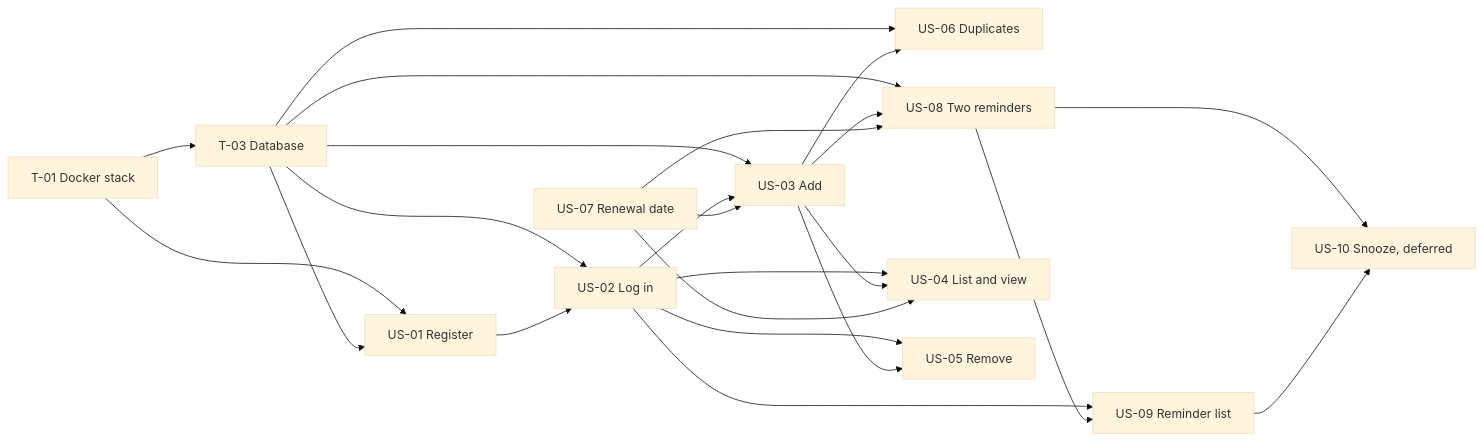
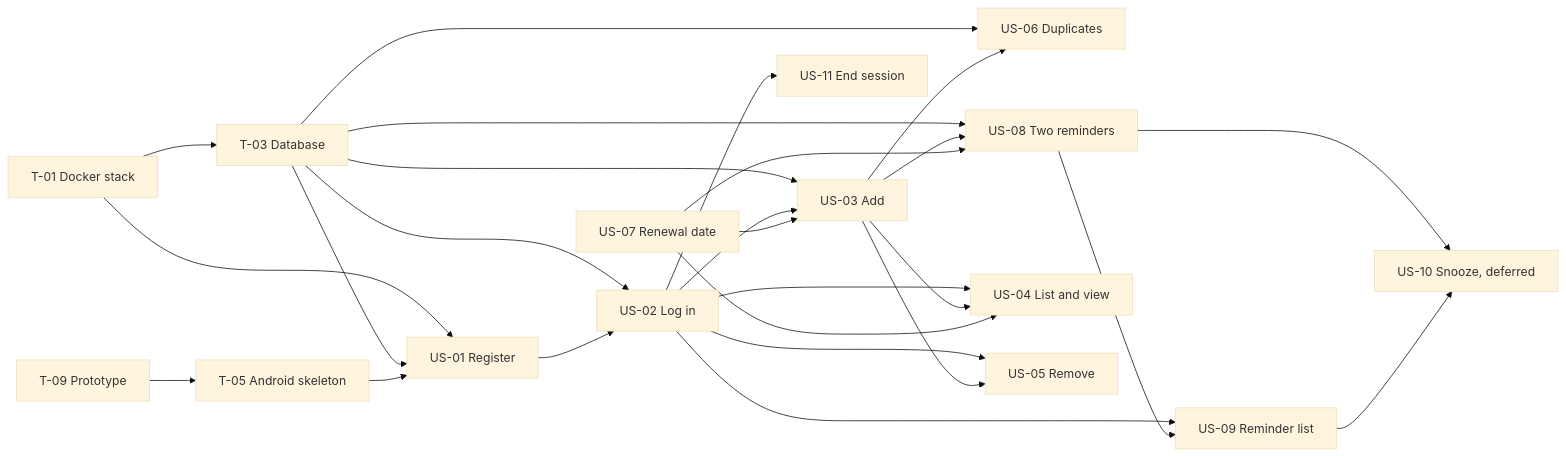
Before and after one commit to AbonelikVeFaturaHatirlatici/abonelik-ve-fatura-hatirlatici: the diagram in docs/product/06-product-backlog.md, drawn with Mermaid (base theme). The commit also changed other lines of this file and 15 other files, not shown here.

Commit message:
docs: Sprint 2 SRS, NFR, backlog, user flows

````diff
--- a/docs/product/06-product-backlog.md
+++ b/docs/product/06-product-backlog.md
@@ -136,25 +226,28 @@
 ```mermaid
 flowchart LR
     T01[T-01 Docker stack] --> T03[T-03 Database]
     T01 --> US01[US-01 Register]
     T03 --> US01
     T03 --> US02[US-02 Log in]
     T03 --> US03[US-03 Add]
     T03 --> US06[US-06 Duplicates]
     T03 --> US08[US-08 Two reminders]
+    T09[T-09 Prototype] --> T05[T-05 Android skeleton]
+    T05 --> US01
     US01 --> US02
     US02 --> US03
     US02 --> US04[US-04 List and view]
     US02 --> US05[US-05 Remove]
     US02 --> US09[US-09 Reminder list]
+    US02 --> US11[US-11 End session]
     US03 --> US04
     US03 --> US05
     US03 --> US06
     US03 --> US08
     US07[US-07 Renewal date] --> US03
     US07 --> US04
     US07 --> US08
     US08 --> US09
     US08 --> US10[US-10 Snooze, deferred]
     US09 --> US10
 ```
````
